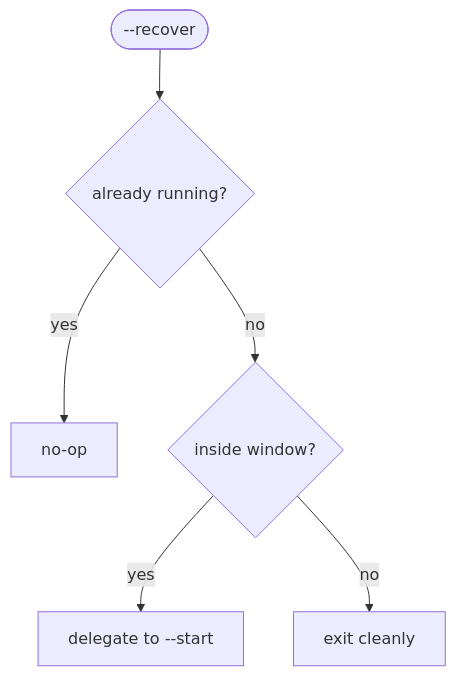
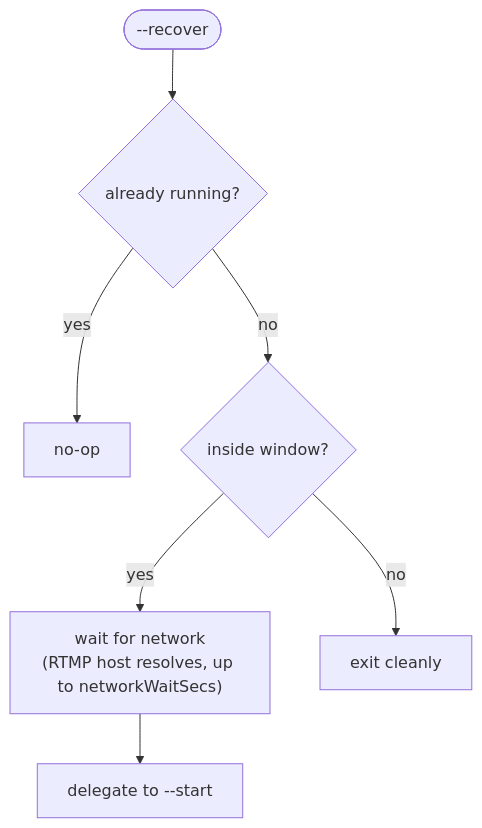
One commit to BCFreeFlight/Stream changed the diagram in docs/scheduling.md. Above: the diagram before and after it, drawn with Mermaid. The commit also changed other lines of this file and 17 other files, not shown here.

Commit message:
fix: boot recovery — wait for network, keep primary RTMP on pre-launch failures, stamp title when live (#125)

````diff
--- a/docs/scheduling.md
+++ b/docs/scheduling.md
@@ -48,8 +48,9 @@
 ```mermaid
 flowchart TD
     A([--recover]) --> B{already running?}
     B -->|yes| C[no-op]
     B -->|no| D{inside window?}
-    D -->|yes| E[delegate to --start]
+    D -->|yes| W["wait for network<br/>(RTMP host resolves, up to networkWaitSecs)"]
+    W --> E[delegate to --start]
     D -->|no| F[exit cleanly]
 ```
````
